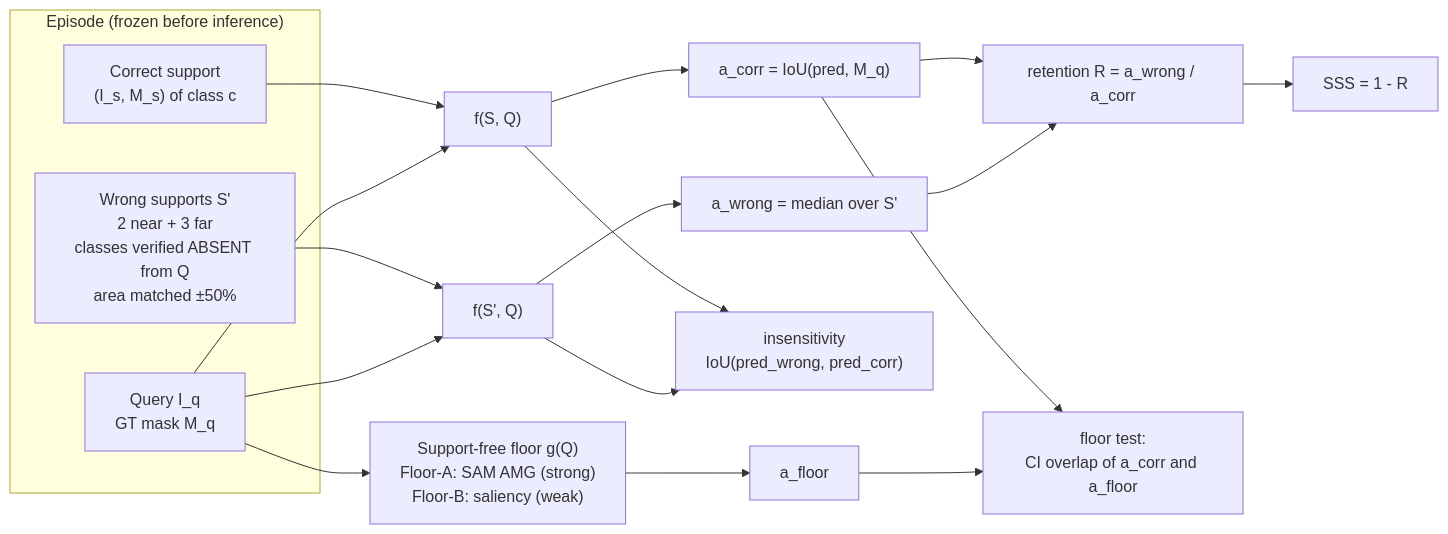
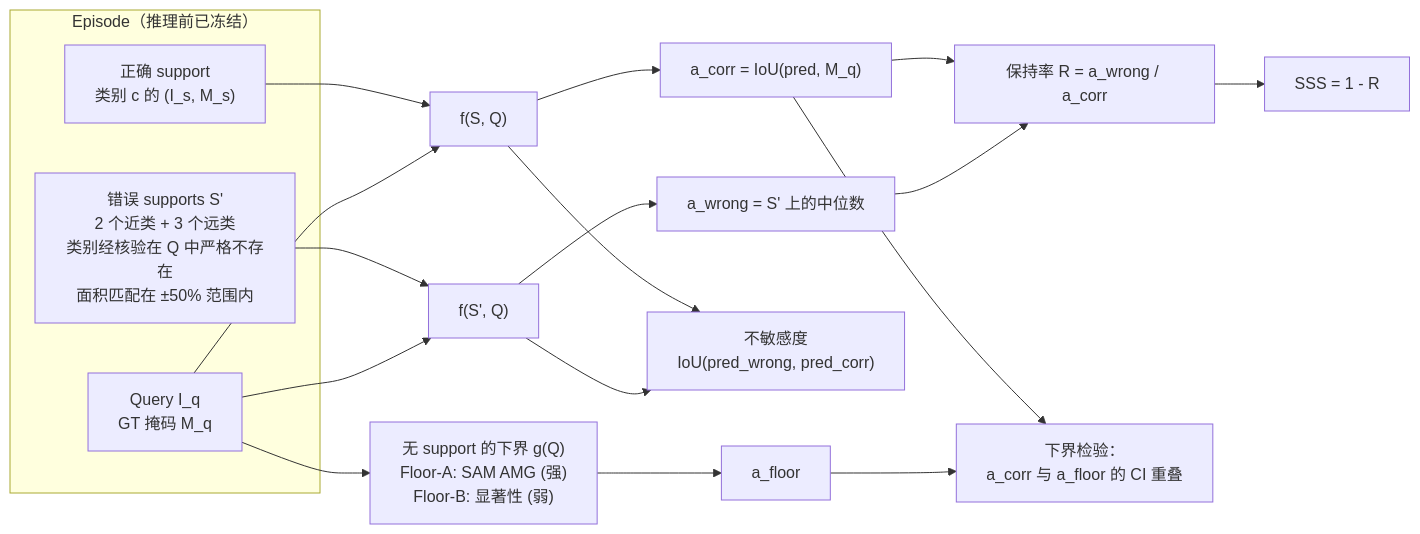
Before and after one commit to songkang688/idea: the first of 4 diagrams in Windows7/Idea_01/diagrams/architecture.md, drawn with Mermaid. The commit also changed other lines of this file and 74 other files, not shown here.

````diff
--- a/Windows7/Idea_01/diagrams/architecture.md
+++ b/Windows7/Idea_01/diagrams/architecture.md
@@ -10,26 +9,26 @@
 ```mermaid
 flowchart LR
-    subgraph IN["Episode (frozen before inference)"]
-        S["Correct support<br/>(I_s, M_s) of class c"]
-        Q["Query I_q<br/>GT mask M_q"]
-        W["Wrong supports S'<br/>2 near + 3 far<br/>classes verified ABSENT from Q<br/>area matched ±50%"]
+    subgraph IN["Episode（推理前已冻结）"]
+        S["正确 support<br/>类别 c 的 (I_s, M_s)"]
+        Q["Query I_q<br/>GT 掩码 M_q"]
+        W["错误 supports S'<br/>2 个近类 + 3 个远类<br/>类别经核验在 Q 中严格不存在<br/>面积匹配在 ±50% 范围内"]
     end
 
     S --> F1["f(S, Q)"]
     W --> F2["f(S', Q)"]
     Q --> F1
     Q --> F2
-    Q --> G["Support-free floor g(Q)<br/>Floor-A: SAM AMG (strong)<br/>Floor-B: saliency (weak)"]
+    Q --> G["无 support 的下界 g(Q)<br/>Floor-A: SAM AMG (强)<br/>Floor-B: 显著性 (弱)"]
 
     F1 --> A1["a_corr = IoU(pred, M_q)"]
-    F2 --> A2["a_wrong = median over S'"]
-    F1 --> V["insensitivity<br/>IoU(pred_wrong, pred_corr)"]
+    F2 --> A2["a_wrong = S' 上的中位数"]
+    F1 --> V["不敏感度<br/>IoU(pred_wrong, pred_corr)"]
     F2 --> V
     G --> A3["a_floor"]
 
-    A1 --> R["retention R = a_wrong / a_corr"]
+    A1 --> R["保持率 R = a_wrong / a_corr"]
     A2 --> R
     R --> SSS["SSS = 1 - R"]
-    A1 --> FT["floor test:<br/>CI overlap of a_corr and a_floor"]
+    A1 --> FT["下界检验：<br/>a_corr 与 a_floor 的 CI 重叠"]
     A3 --> FT
 ```
````
